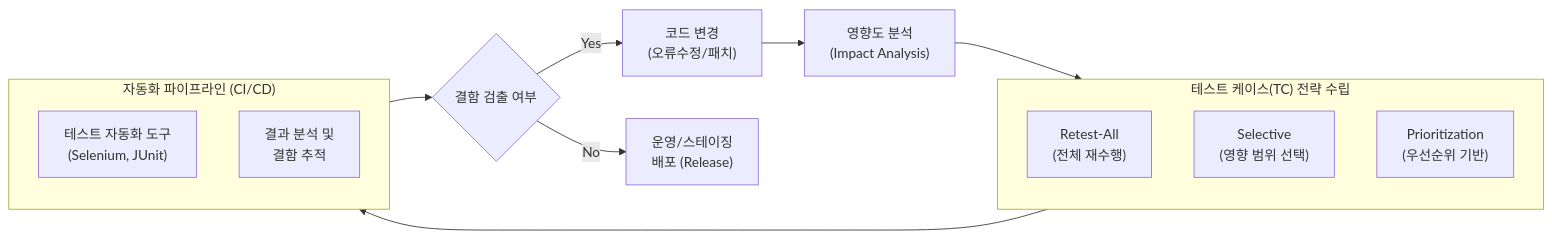
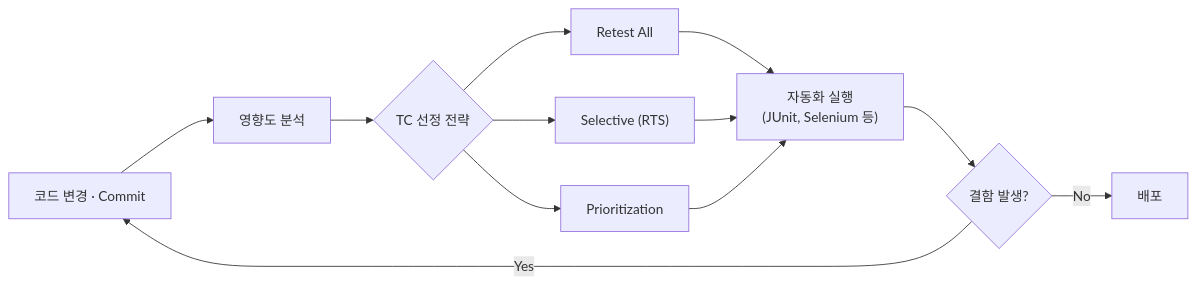
The diagram in content/01_IT Tech/리그레션 테스트.md (supremethumb/supremethumb.github.io), drawn with Mermaid before and after one commit. The commit also changed other lines of this file and 1087 other files, not shown here.

````diff
--- a/content/01_IT Tech/리그레션 테스트.md
+++ b/content/01_IT Tech/리그레션 테스트.md
@@ -30,24 +36,12 @@
 ```mermaid
 flowchart LR
-    Change["코드 변경\n(오류수정/패치)"] --> Impact["영향도 분석\n(Impact Analysis)"]
-    
-    subgraph TC_Strategy ["테스트 케이스(TC) 전략 수립"]
-        direction TB
-        All["Retest-All\n(전체 재수행)"]
-        Select["Selective\n(영향 범위 선택)"]
-        Priority["Prioritization\n(우선순위 기반)"]
-    end
-    
-    subgraph Execution ["자동화 파이프라인 (CI/CD)"]
-        direction TB
-        Auto["테스트 자동화 도구\n(Selenium, JUnit)"]
-        Report["결과 분석 및\n결함 추적"]
-    end
-    
-    Impact --> TC_Strategy
-    TC_Strategy --> Execution
-    Execution --> Result{"결함 검출 여부"}
-    Result -- Yes --> Change
-    Result -- No --> Deploy["운영/스테이징\n배포 (Release)"]
-
+    Change["코드 변경 · Commit"] --> Impact["영향도 분석"]
+    Impact --> Strategy{"TC 선정 전략"}
+    Strategy --> All["Retest All"]
+    Strategy --> Sel["Selective (RTS)"]
+    Strategy --> Pri["Prioritization"]
+    All & Sel & Pri --> Exec["자동화 실행<br/>(JUnit, Selenium 등)"]
+    Exec --> R{"결함 발생?"}
+    R -- "Yes" --> Change
+    R -- "No" --> Deploy["배포"]
 ```
````
